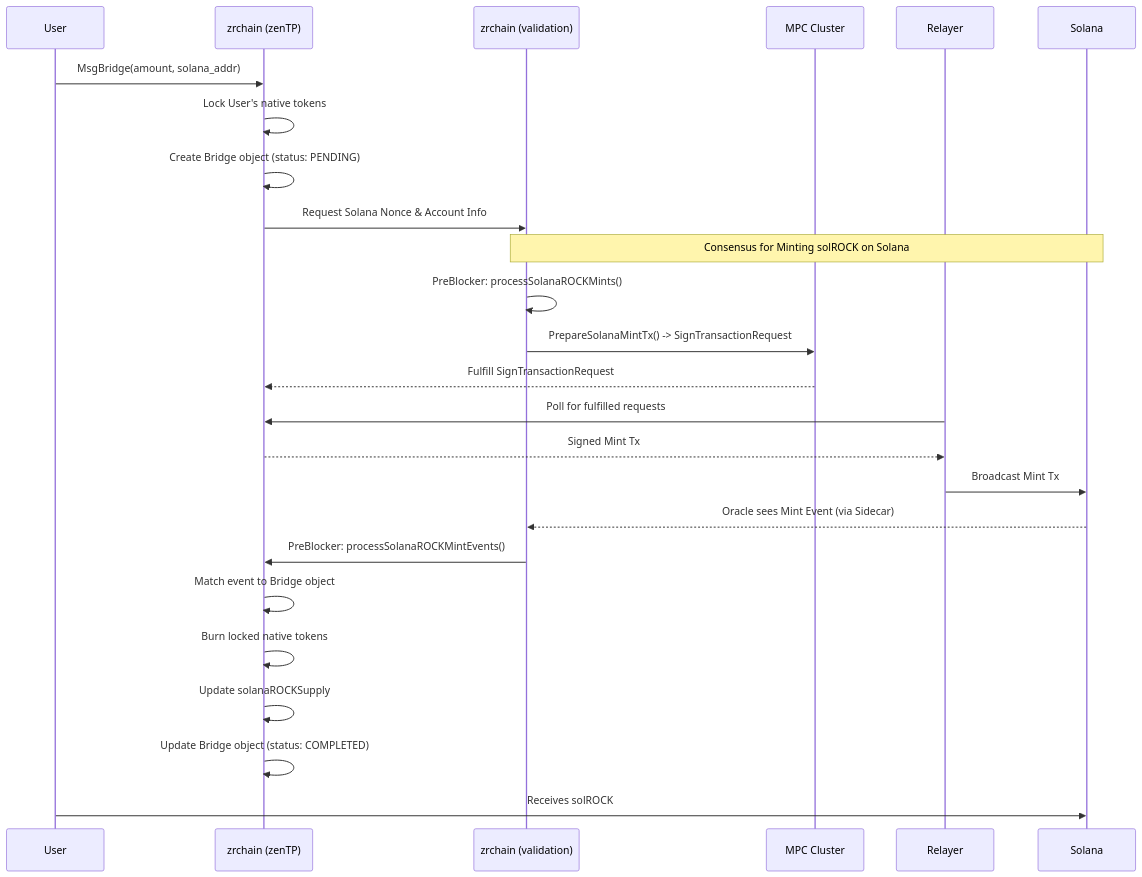
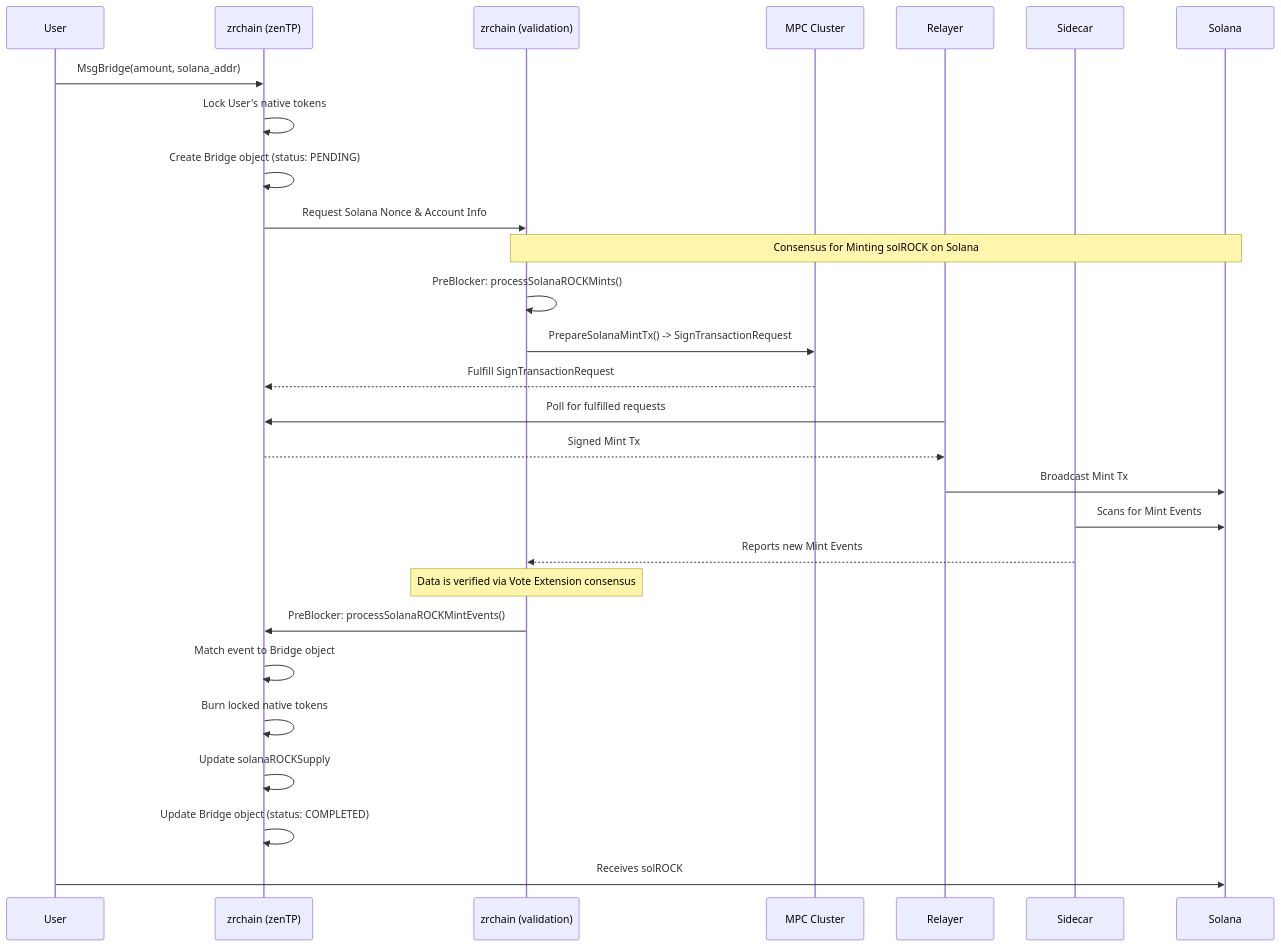
One commit to zenrocklabs/zrchain changed the third of 4 diagrams in docs/README.md. Above: the diagram before and after it, drawn with Mermaid. The commit also changed other lines of this file, not shown here.

````diff
--- a/docs/README.md
+++ b/docs/README.md
@@ -141,30 +164,33 @@
 ```mermaid
 sequenceDiagram
     participant User
     participant zrchain as zrchain (zenTP)
     participant zrchain_val as zrchain (validation)
     participant MPC Cluster
     participant Relayer
+    participant Sidecar
     participant Solana
 
     User->>zrchain: MsgBridge(amount, solana_addr)
     zrchain->>zrchain: Lock User's native tokens
     zrchain->>zrchain: Create Bridge object (status: PENDING)
     zrchain->>zrchain_val: Request Solana Nonce & Account Info
 
     Note over zrchain_val,Solana: Consensus for Minting solROCK on Solana
     zrchain_val->>zrchain_val: PreBlocker: processSolanaROCKMints()
     zrchain_val->>MPC Cluster: PrepareSolanaMintTx() -> SignTransactionRequest
     MPC Cluster-->>zrchain: Fulfill SignTransactionRequest
     Relayer->>zrchain: Poll for fulfilled requests
     zrchain-->>Relayer: Signed Mint Tx
     Relayer->>Solana: Broadcast Mint Tx
 
-    Solana-->>zrchain_val: Oracle sees Mint Event (via Sidecar)
+    Sidecar->>Solana: Scans for Mint Events
+    Sidecar-->>zrchain_val: Reports new Mint Events
+    Note over zrchain_val: Data is verified via Vote Extension consensus
     zrchain_val->>zrchain: PreBlocker: processSolanaROCKMintEvents()
     zrchain->>zrchain: Match event to Bridge object
     zrchain->>zrchain: Burn locked native tokens
     zrchain->>zrchain: Update solanaROCKSupply
     zrchain->>zrchain: Update Bridge object (status: COMPLETED)
     User->>Solana: Receives solROCK
 ```
````
